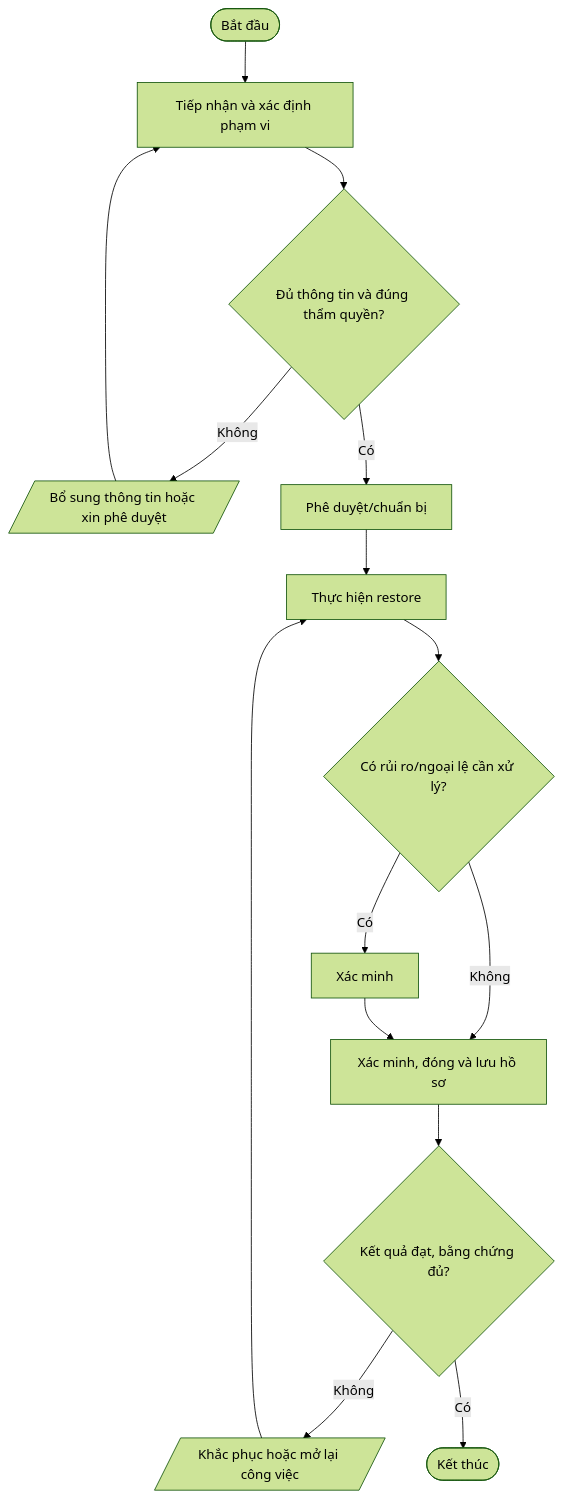
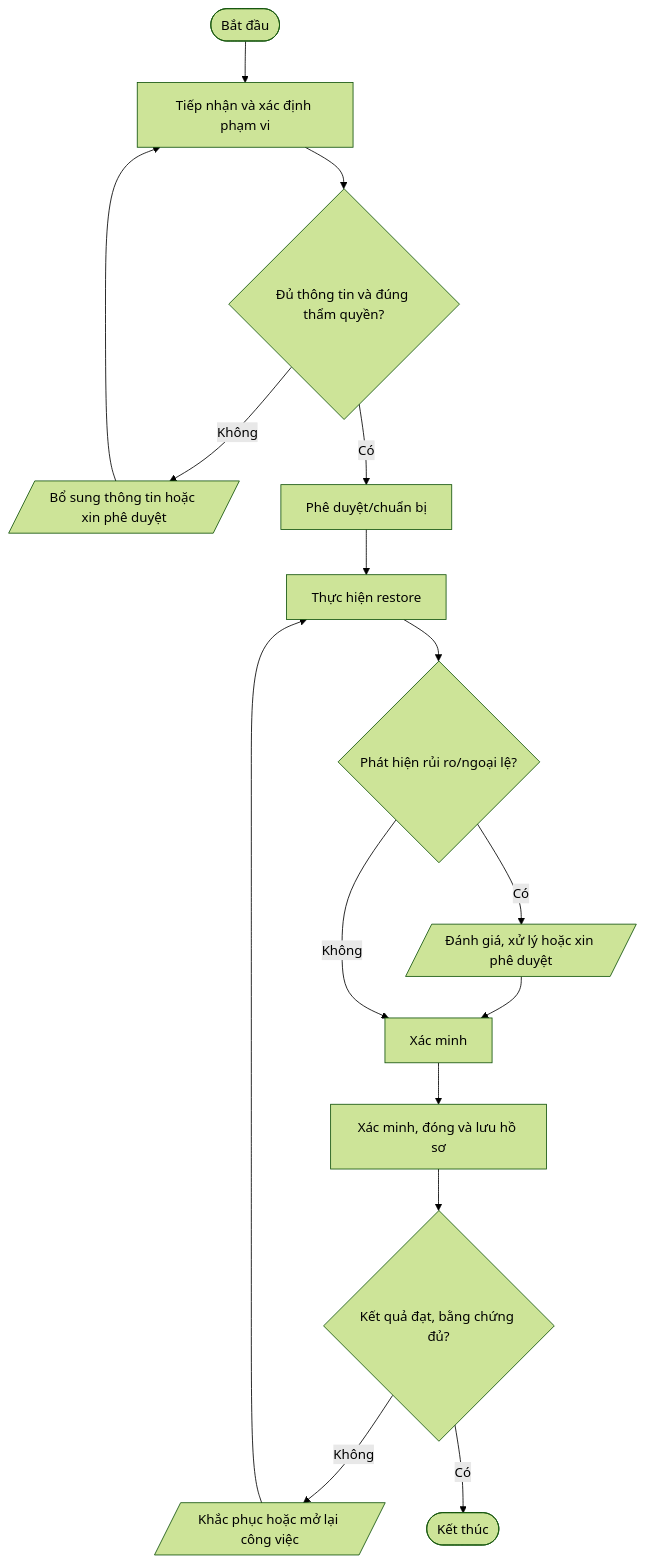
Before and after one commit to daoaigiangnam/Quy_Trinh_Chuan: the second of 5 diagrams in quy-trinh/04-Backup-BCP-DR/README.md, drawn with Mermaid (forest theme). The commit also changed other lines of this file, not shown here.

Commit message:
docs: correct procedure flowchart decision paths

````diff
--- a/quy-trinh/04-Backup-BCP-DR/README.md
+++ b/quy-trinh/04-Backup-BCP-DR/README.md
@@ -139,17 +140,18 @@
 ```mermaid
 flowchart TD
   A([Bắt đầu]) --> S1["Tiếp nhận và xác định phạm vi"]
   S1 --> D1{"Đủ thông tin và đúng thẩm quyền?"}
   D1 -- Không --> F1[/"Bổ sung thông tin hoặc xin phê duyệt"/]
   F1 --> S1
   D1 -- Có --> S2["Phê duyệt/chuẩn bị"]
   S2 --> S3["Thực hiện restore"]
-  S3 --> D2{"Có rủi ro/ngoại lệ cần xử lý?"}
-  D2 -- Có --> S4["Xác minh"]
-  D2 -- Không --> S5["Xác minh, đóng và lưu hồ sơ"]
-  S4 --> S5
+  S3 --> D2{"Phát hiện rủi ro/ngoại lệ?"}
+  D2 -- Có --> RISK[/"Đánh giá, xử lý hoặc xin phê duyệt"/]
+  RISK --> S4["Xác minh"]
+  D2 -- Không --> S4
+  S4 --> S5["Xác minh, đóng và lưu hồ sơ"]
   S5 --> D3{"Kết quả đạt, bằng chứng đủ?"}
   D3 -- Không --> R[/"Khắc phục hoặc mở lại công việc"/]
   R --> S3
   D3 -- Có --> Z([Kết thúc])
 ```
````
